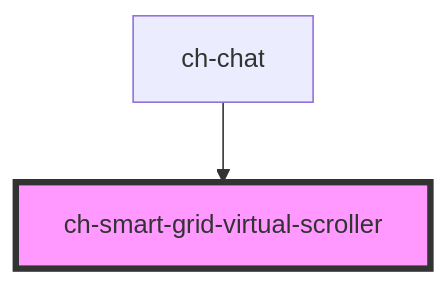
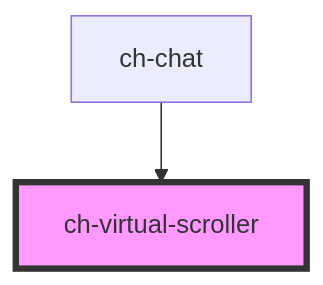
Before and after one commit to genexuslabs/chameleon-controls-library: the diagram in src/components/smart-grid/internal/smart-grid-virtual-scroller/readme.md, drawn with Mermaid. The commit also changed 12 other files, not shown here.

Commit message:
Rename "ch-smart-grid-virtual-scroller" to "ch-virtual-scroller"

````diff
--- a/src/components/smart-grid/internal/smart-grid-virtual-scroller/readme.md
+++ b/src/components/smart-grid/internal/smart-grid-virtual-scroller/readme.md
@@ -58,5 +58,5 @@
 ```mermaid
 graph TD;
-  ch-chat --> ch-smart-grid-virtual-scroller
-  style ch-smart-grid-virtual-scroller fill:#f9f,stroke:#333,stroke-width:4px
+  ch-chat --> ch-virtual-scroller
+  style ch-virtual-scroller fill:#f9f,stroke:#333,stroke-width:4px
 ```
````
